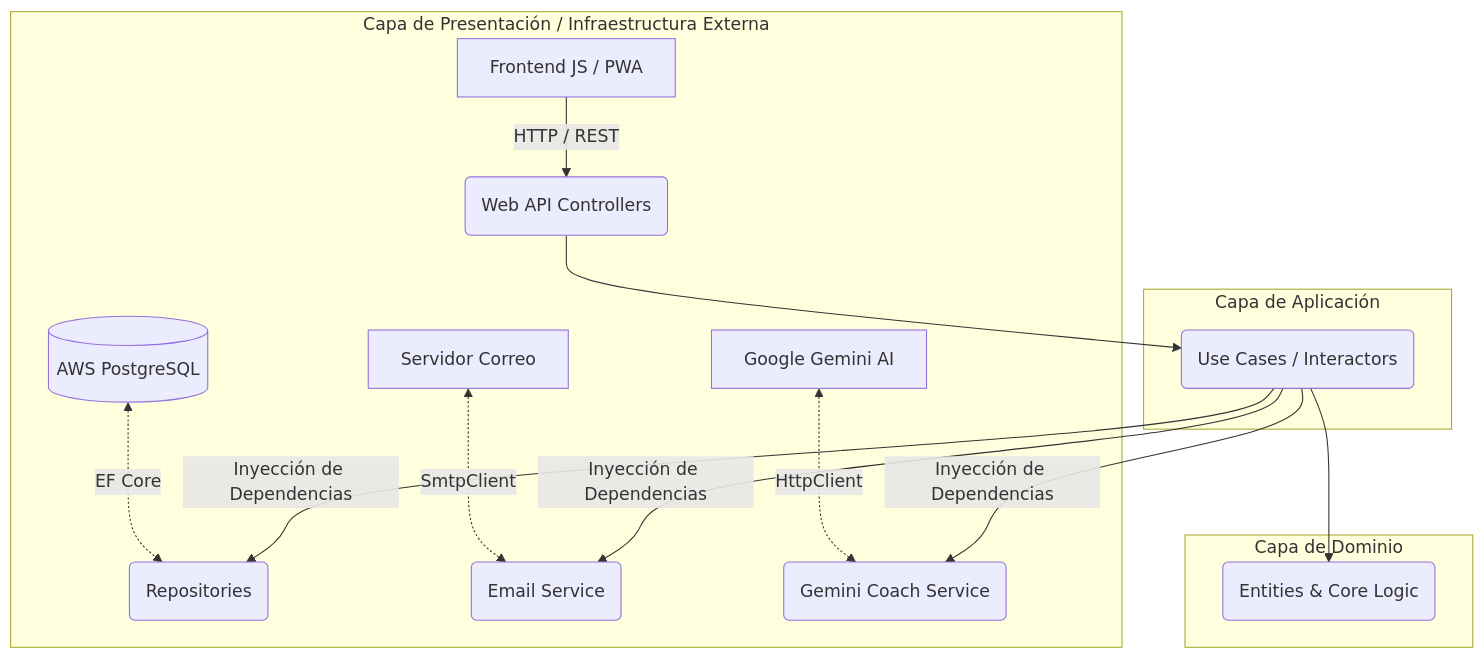
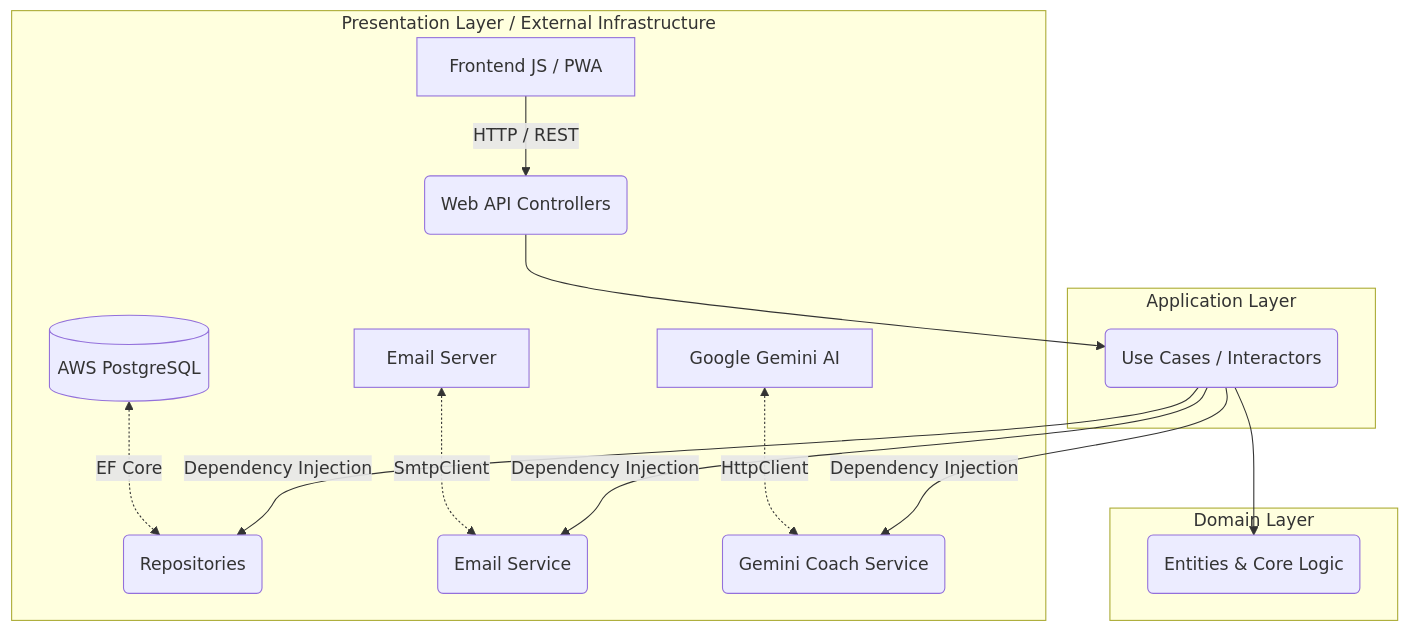
The diagram in README.md (Colcolat/SkillVault), drawn with Mermaid before and after one commit. The commit also changed other lines of this file, not shown here.

````diff
--- a/README.md
+++ b/README.md
@@ -31,20 +31,20 @@
 ```mermaid
 graph TD
-    subgraph Capa de Presentación / Infraestructura Externa
+    subgraph Presentation Layer / External Infrastructure
     UI[Frontend JS / PWA] -->|HTTP / REST| API(Web API Controllers)
     DB[(AWS PostgreSQL)] <-.-> |EF Core| Repo(Repositories)
-    SMTP[Servidor Correo] <-.-> |SmtpClient| EmailSvc(Email Service)
+    SMTP[Email Server] <-.-> |SmtpClient| EmailSvc(Email Service)
     Gemini[Google Gemini AI] <-.-> |HttpClient| GeminiSvc(Gemini Coach Service)
     end
 
-    subgraph Capa de Aplicación
+    subgraph Application Layer
     API --> UC(Use Cases / Interactors)
-    UC -->|Inyección de Dependencias| Repo
-    UC -->|Inyección de Dependencias| EmailSvc
-    UC -->|Inyección de Dependencias| GeminiSvc
+    UC -->|Dependency Injection| Repo
+    UC -->|Dependency Injection| EmailSvc
+    UC -->|Dependency Injection| GeminiSvc
     end
 
-    subgraph Capa de Dominio
+    subgraph Domain Layer
     UC --> Domain(Entities & Core Logic)
     end
 ```
````
